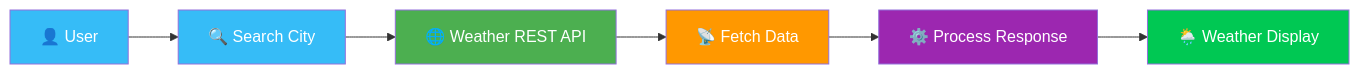
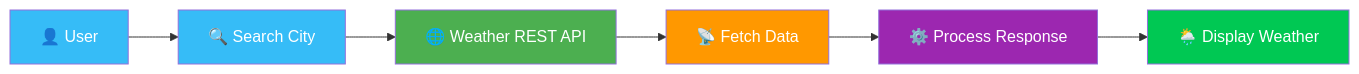
The diagram in README.md (yashsingh-wq/Weather-Forecast-Application), drawn with Mermaid before and after one commit. The commit also changed other lines of this file, not shown here.

````diff
--- a/README.md
+++ b/README.md
@@ -287,15 +222,15 @@
 ```mermaid
 flowchart LR
     A["👤 User"] --> B["🔍 Search City"]
     B --> C["🌐 Weather REST API"]
     C --> D["📡 Fetch Data"]
     D --> E["⚙️ Process Response"]
-    E --> F["🌦️ Weather Display"]
+    E --> F["🌦️ Display Weather"]
 
     style A fill:#36BCF7,color:#fff
     style B fill:#36BCF7,color:#fff
     style C fill:#4CAF50,color:#fff
     style D fill:#FF9800,color:#fff
     style E fill:#9C27B0,color:#fff
     style F fill:#00C853,color:#fff
 ```
````
